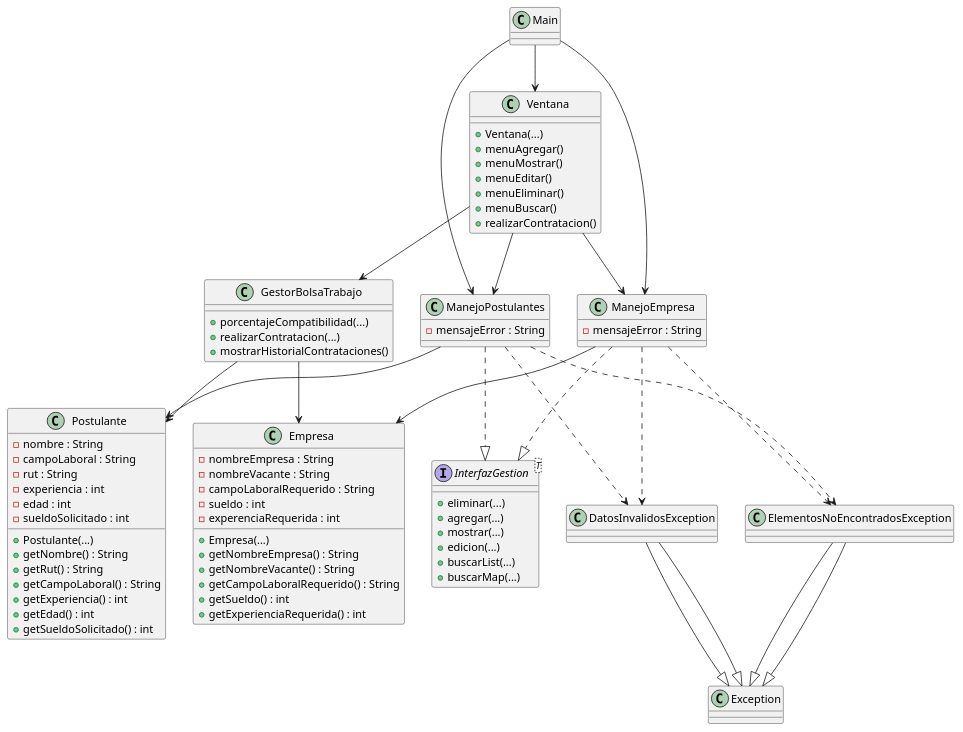
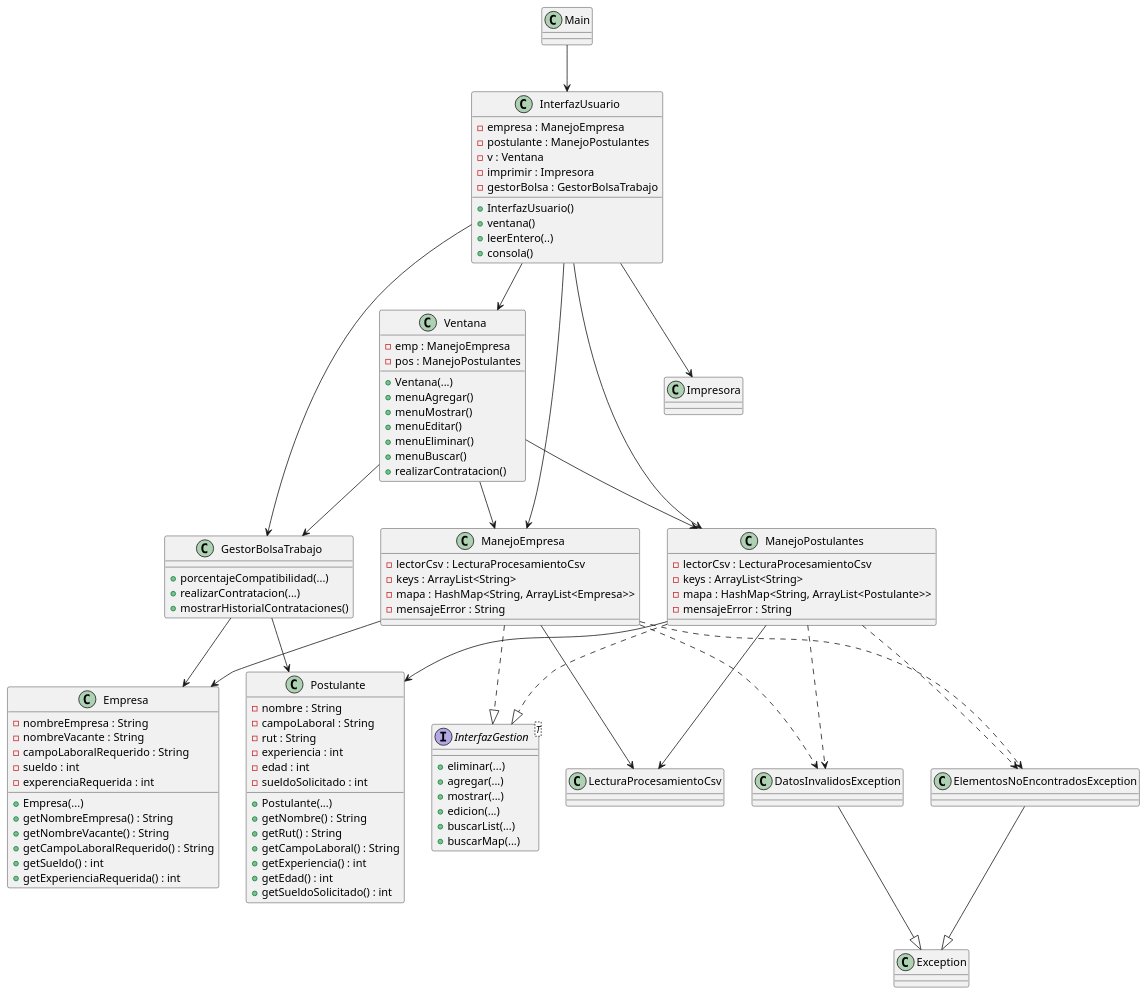
One commit to AgustinSego/Manejo-de-Bolsa-de-Trabajo changed the diagram in src/main/java/uml.puml. Above: the diagram before and after it, drawn with PlantUML. The commit also changed 13 other files, not shown here.

Commit message:
comente todo que faltaba, no comente el codigo del uml porque no se si eso se comenta porque tecnicamente no forma parte del codigo

```diff
--- a/src/main/java/uml.puml
+++ b/src/main/java/uml.puml
@@ -1,101 +1,136 @@
 @startuml
+
 class Main
 
+class InterfazUsuario {
+    -empresa : ManejoEmpresa
+    -postulante : ManejoPostulantes
+    -v : Ventana
+    -imprimir : Impresora
+    -gestorBolsa : GestorBolsaTrabajo
+
+    +InterfazUsuario()
+    +ventana()
+    +leerEntero(..)
+    +consola()
+}
+
 class Ventana {
+    -emp : ManejoEmpresa
+    -pos : ManejoPostulantes
+
     +Ventana(...)
     +menuAgregar()
     +menuMostrar()
     +menuEditar()
     +menuEliminar()
     +menuBuscar()
     +realizarContratacion()
 }
+
+class Impresora
 
 class Postulante {
     -nombre : String
     -campoLaboral : String
     -rut : String
     -experiencia : int
     -edad : int
     -sueldoSolicitado : int
 
     +Postulante(...)
     +getNombre() : String
     +getRut() : String
     +getCampoLaboral() : String
     +getExperiencia() : int
     +getEdad() : int
     +getSueldoSolicitado() : int
 }
 
 class Empresa {
     -nombreEmpresa : String
     -nombreVacante : String
     -campoLaboralRequerido : String
     -sueldo : int
     -experenciaRequerida : int
 
     +Empresa(...)
     +getNombreEmpresa() : String
     +getNombreVacante() : String
     +getCampoLaboralRequerido() : String
     +getSueldo() : int
     +getExperienciaRequerida() : int
 }
 
 interface InterfazGestion<T> {
     +eliminar(...)
     +agregar(...)
     +mostrar(...)
     +edicion(...)
     +buscarList(...)
     +buscarMap(...)
 }
 
 class ManejoPostulantes {
+    -lectorCsv : LecturaProcesamientoCsv
+    -keys : ArrayList<String>
+    -mapa : HashMap<String, ArrayList<Postulante>>
     -mensajeError : String
 }
 
 class ManejoEmpresa {
+    -lectorCsv : LecturaProcesamientoCsv
+    -keys : ArrayList<String>
+    -mapa : HashMap<String, ArrayList<Empresa>>
     -mensajeError : String
 }
+
+class LecturaProcesamientoCsv
 
 class GestorBolsaTrabajo {
     +porcentajeCompatibilidad(...)
     +realizarContratacion(...)
     +mostrarHistorialContrataciones()
 }
 
 class DatosInvalidosException
 class ElementosNoEncontradosException
 
+' Herencia de excepciones
+DatosInvalidosException --|> Exception
+ElementosNoEncontradosException --|> Exception
+
+' Implementación de interfaz
+ManejoPostulantes ..|> InterfazGestion
+ManejoEmpresa ..|> InterfazGestion
+
+' Manejo de excepciones
 ManejoPostulantes ..> DatosInvalidosException
 ManejoPostulantes ..> ElementosNoEncontradosException
 
 ManejoEmpresa ..> DatosInvalidosException
 ManejoEmpresa ..> ElementosNoEncontradosException
 
-DatosInvalidosException --|> Exception
-ElementosNoEncontradosException --|> Exception
+' Relaciones principales
+Main --> InterfazUsuario
 
-Main --> Ventana
-Main --> ManejoPostulantes
-Main --> ManejoEmpresa
+InterfazUsuario --> Ventana
+InterfazUsuario --> ManejoPostulantes
+InterfazUsuario --> ManejoEmpresa
+InterfazUsuario --> GestorBolsaTrabajo
+InterfazUsuario --> Impresora
 
 Ventana --> ManejoPostulantes
 Ventana --> ManejoEmpresa
 Ventana --> GestorBolsaTrabajo
 
-ManejoPostulantes ..|> InterfazGestion
-ManejoEmpresa ..|> InterfazGestion
-
 ManejoPostulantes --> Postulante
 ManejoEmpresa --> Empresa
+
+ManejoPostulantes --> LecturaProcesamientoCsv
+ManejoEmpresa --> LecturaProcesamientoCsv
 
 GestorBolsaTrabajo --> Postulante
 GestorBolsaTrabajo --> Empresa
 
-DatosInvalidosException --|> Exception
-ElementosNoEncontradosException --|> Exception
-
 @enduml
```
